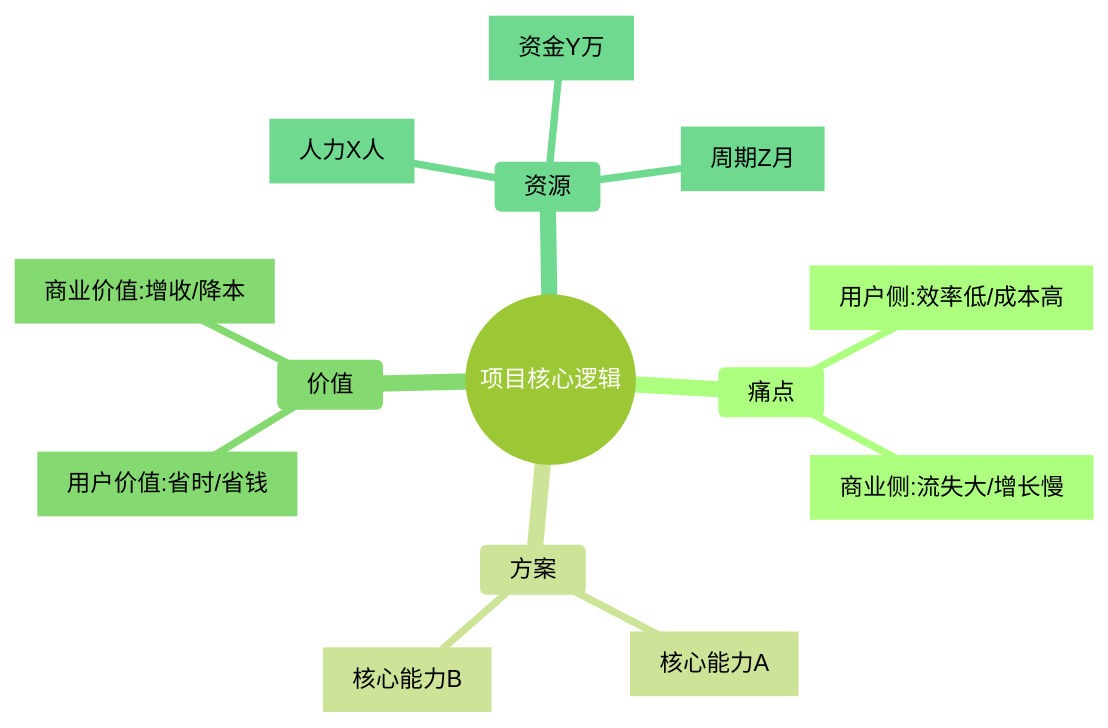
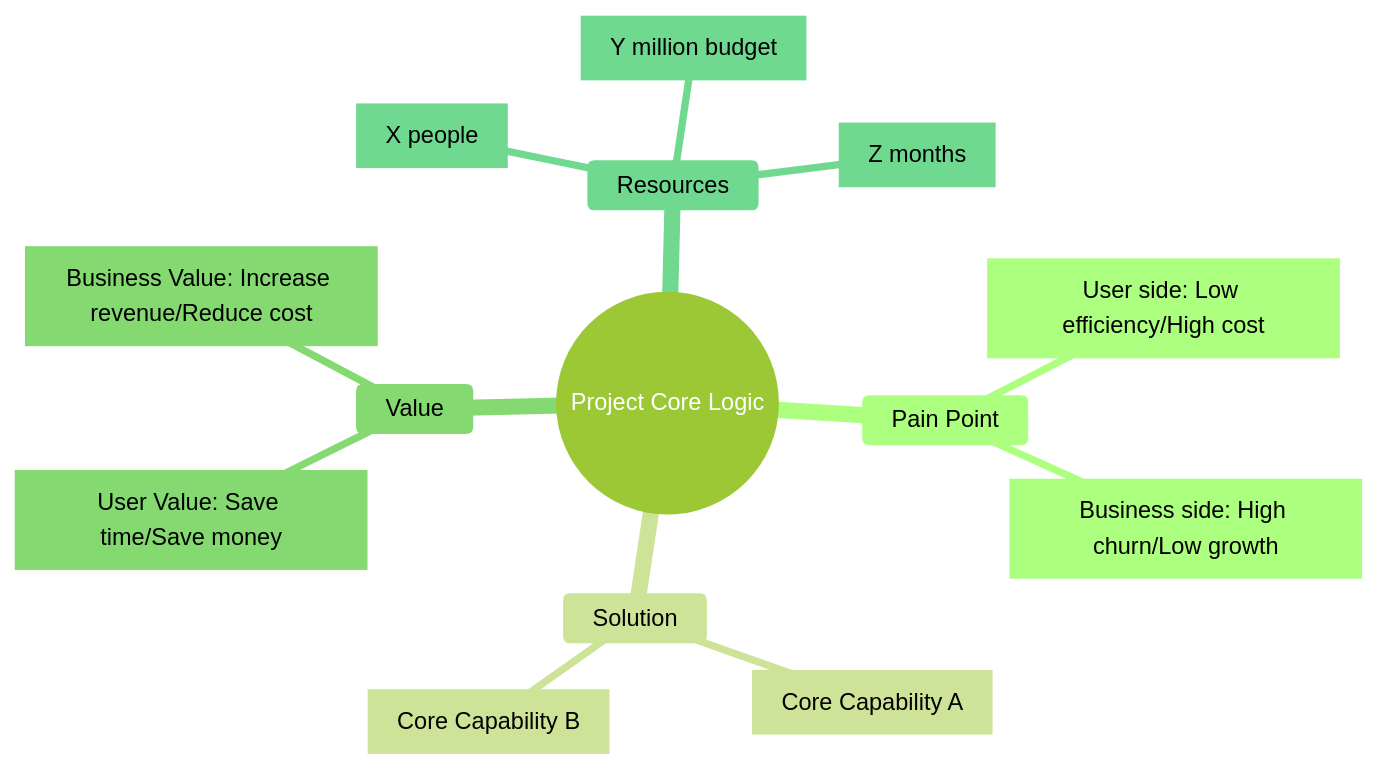
The first of 9 diagrams in templates/产品/战略层/【模板】商业需求文档.md (Kirky-X/cangjie), drawn with Mermaid (forest theme) before and after one commit. The commit also changed other lines of this file and 60 other files, not shown here.

````diff
--- a/templates/产品/战略层/【模板】商业需求文档.md
+++ b/templates/产品/战略层/【模板】商业需求文档.md
@@ -57,17 +57,17 @@
 ```mermaid
 mindmap
-  root((项目核心逻辑))
-    痛点
-      [用户侧:效率低/成本高]
-      [商业侧:流失大/增长慢]
-    方案
-      [核心能力A]
-      [核心能力B]
-    价值
-      [用户价值:省时/省钱]
-      [商业价值:增收/降本]
-    资源
-      [人力X人]
-      [资金Y万]
-      [周期Z月]
+  root((Project Core Logic))
+    Pain Point
+      [User side: Low efficiency/High cost]
+      [Business side: High churn/Low growth]
+    Solution
+      [Core Capability A]
+      [Core Capability B]
+    Value
+      [User Value: Save time/Save money]
+      [Business Value: Increase revenue/Reduce cost]
+    Resources
+      [X people]
+      [Y million budget]
+      [Z months]
 ```
````
